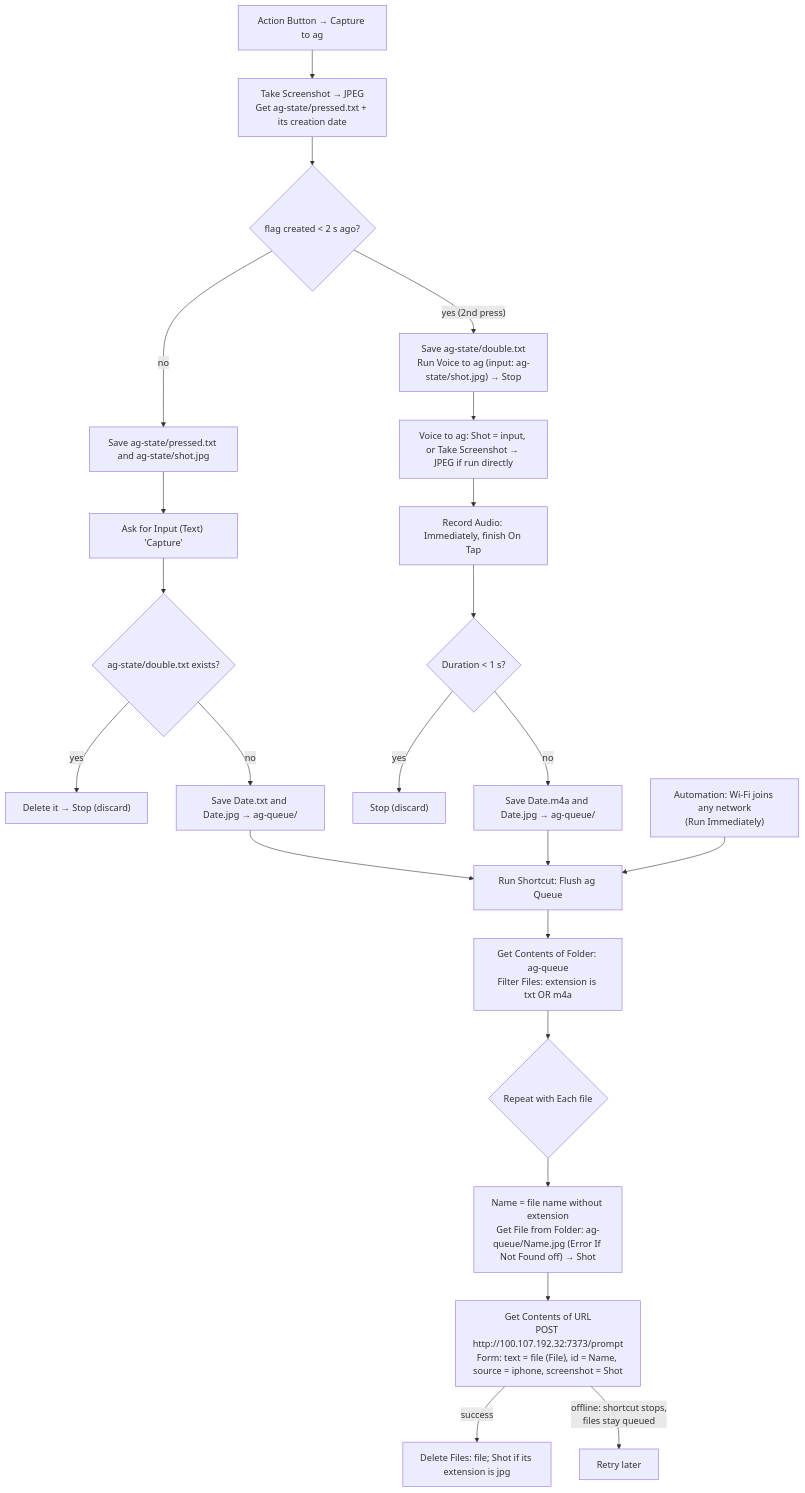
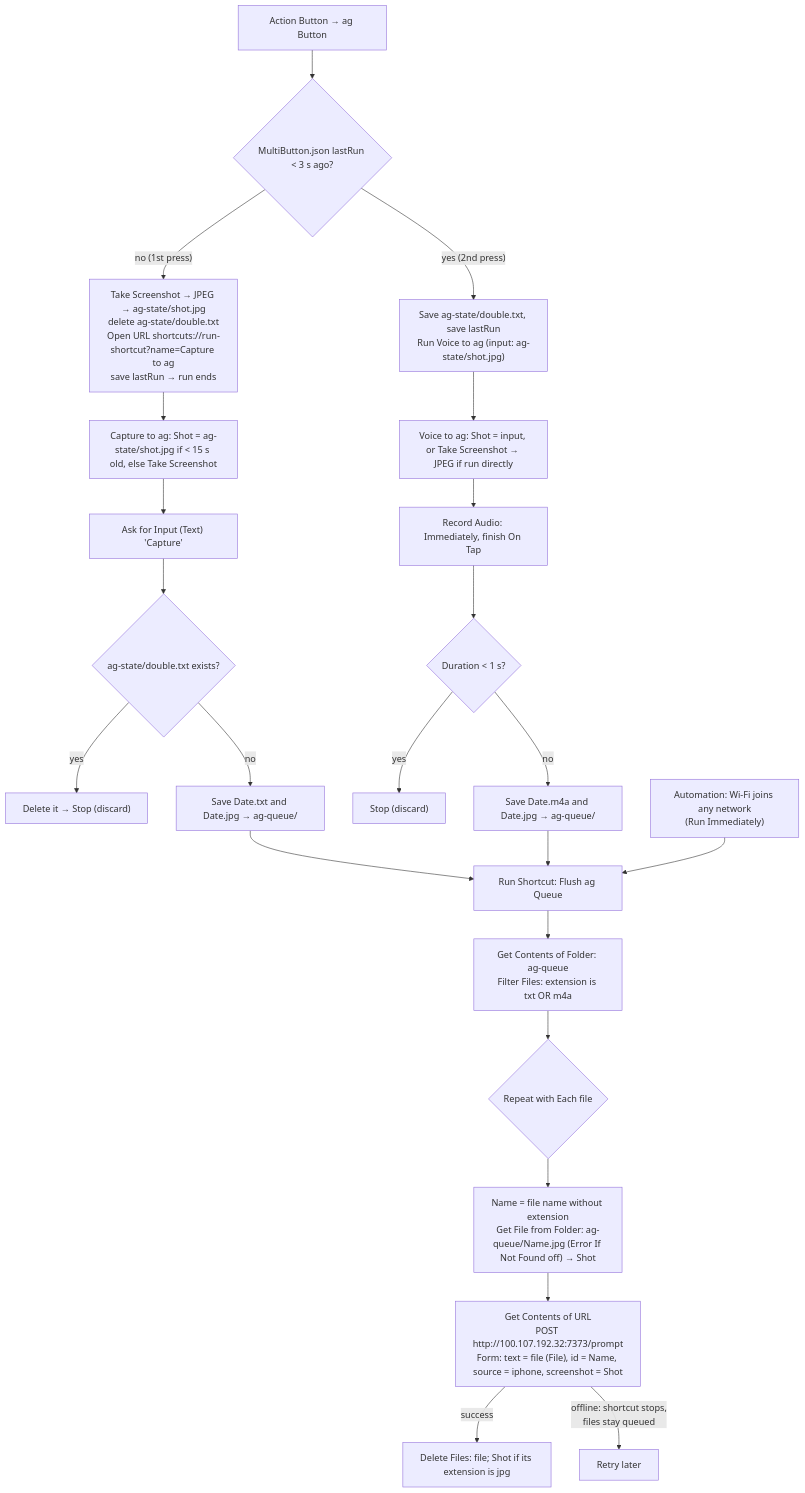
One commit to koerschner/ag changed the diagram in ios-shortcuts/capture-to-ag.md. Above: the diagram before and after it, drawn with Mermaid. The commit also changed other lines of this file and 1 other file, not shown here.

````diff
--- a/ios-shortcuts/capture-to-ag.md
+++ b/ios-shortcuts/capture-to-ag.md
@@ -35,27 +38,27 @@
 ```mermaid
 flowchart TD
-    A[Action Button → Capture to ag] --> C0["Take Screenshot → JPEG<br/>Get ag-state/pressed.txt + its creation date"]
-    C0 --> C1{"flag created < 2 s ago?"}
-    C1 -- "yes (2nd press)" --> C2["Save ag-state/double.txt<br/>Run Voice to ag (input: ag-state/shot.jpg) → Stop"]
-    C1 -- no --> C3["Save ag-state/pressed.txt and ag-state/shot.jpg"]
-    C3 --> B["Ask for Input (Text) 'Capture'"]
+    A[Action Button → ag Button] --> M{"MultiButton.json lastRun < 3 s ago?"}
+    M -- "no (1st press)" --> P["Take Screenshot → JPEG → ag-state/shot.jpg<br/>delete ag-state/double.txt<br/>Open URL shortcuts://run-shortcut?name=Capture to ag<br/>save lastRun → run ends"]
+    M -- "yes (2nd press)" --> S["Save ag-state/double.txt, save lastRun<br/>Run Voice to ag (input: ag-state/shot.jpg)"]
+    P --> C0["Capture to ag: Shot = ag-state/shot.jpg if < 15 s old, else Take Screenshot"]
+    C0 --> B["Ask for Input (Text) 'Capture'"]
     B --> C4{"ag-state/double.txt exists?"}
     C4 -- yes --> C5["Delete it → Stop (discard)"]
     C4 -- no --> D["Save Date.txt and Date.jpg → ag-queue/"]
     D --> F["Run Shortcut: Flush ag Queue"]
 
-    C2 --> V0["Voice to ag: Shot = input, or Take Screenshot → JPEG if run directly"]
+    S --> V0["Voice to ag: Shot = input, or Take Screenshot → JPEG if run directly"]
     V0 --> V4["Record Audio: Immediately, finish On Tap"]
     V4 --> V7{"Duration < 1 s?"}
     V7 -- yes --> V8["Stop (discard)"]
     V7 -- no --> V9["Save Date.m4a and Date.jpg → ag-queue/"]
     V9 --> F
 
     W["Automation: Wi-Fi joins any network<br/>(Run Immediately)"] --> F
     F --> G["Get Contents of Folder: ag-queue<br/>Filter Files: extension is txt OR m4a"]
     G --> H{"Repeat with Each file"}
     H --> N["Name = file name without extension<br/>Get File from Folder: ag-queue/Name.jpg (Error If Not Found off) → Shot"]
     N --> I["Get Contents of URL<br/>POST http://100.107.192.32:7373/prompt<br/>Form: text = file (File), id = Name, source = iphone, screenshot = Shot"]
     I -- "success" --> J["Delete Files: file; Shot if its extension is jpg"]
     I -- "offline: shortcut stops,<br/>files stay queued" --> K[Retry later]
 ```
````
